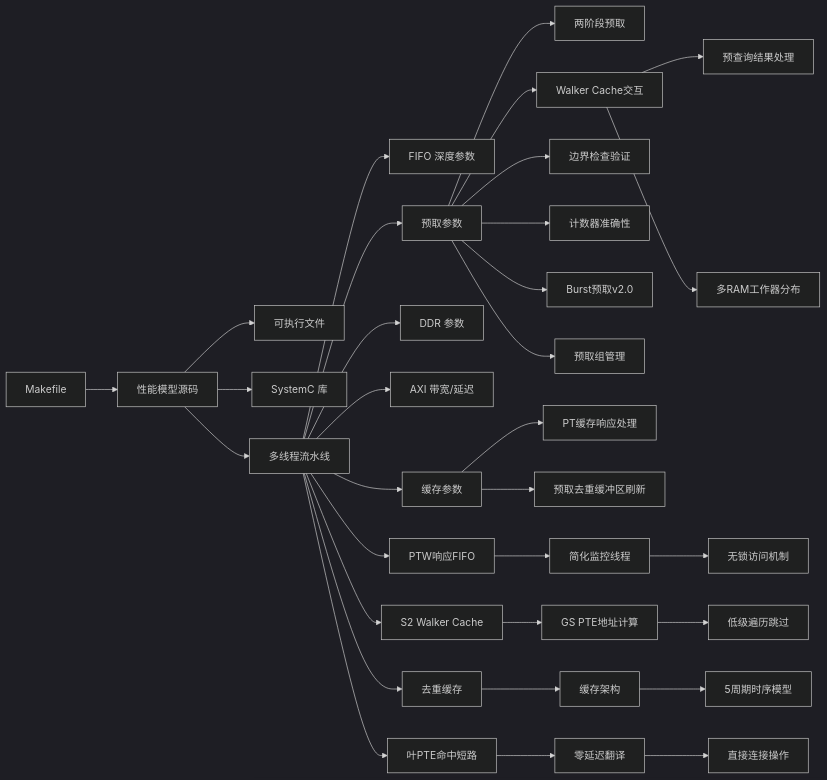
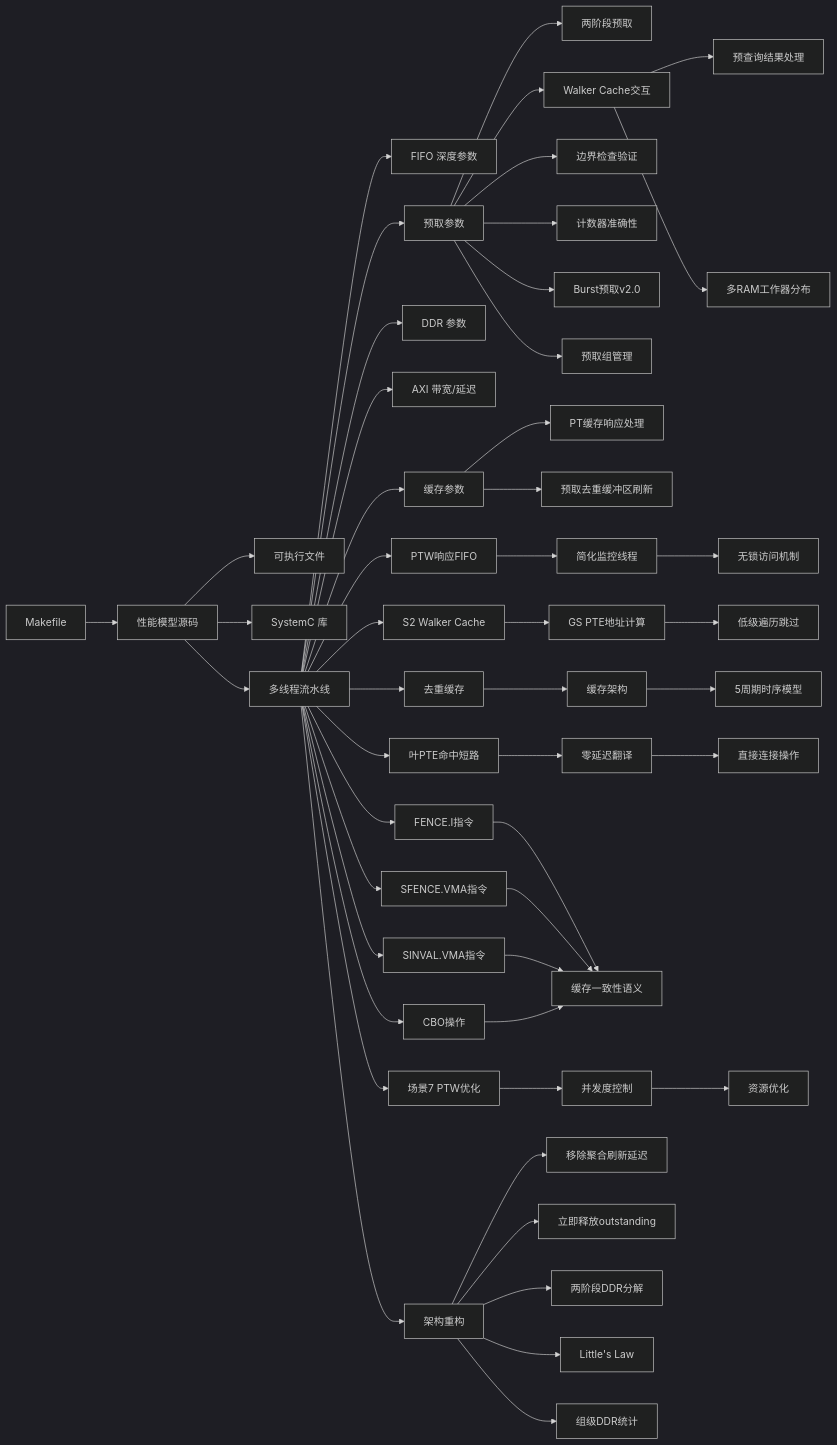
Before and after one commit to jiangjiang1122/iommu_model_20260401_v1: diagram 14 of 14 in .qoder/repowiki/zh/content/性能模型/性能模型.md, drawn with Mermaid (dark theme). The commit also changed other lines of this file and 159 other files, not shown here.

Commit message:
chore: 更新知识库文档 + 新增PTW并发分析图表与数据文件

````diff
--- a/.qoder/repowiki/zh/content/性能模型/性能模型.md
+++ b/.qoder/repowiki/zh/content/性能模型/性能模型.md
@@ -930,34 +1119,51 @@
 ```mermaid
 graph LR
 MK["Makefile"] --> SRC["性能模型源码"]
 SRC --> BIN["可执行文件"]
 SRC --> LIB["SystemC 库"]
 SRC --> THR["多线程流水线"]
 THR --> FIFO["FIFO 深度参数"]
 THR --> CACHE["缓存参数"]
 THR --> DDR["DDR 参数"]
 THR --> AXI["AXI 带宽/延迟"]
 THR --> PREFETCH["预取参数"]
 PREFETCH --> TSP["两阶段预取"]
 PREFETCH --> WCI["Walker Cache交互"]
 WCI --> PQR["预查询结果处理"]
 WCI --> MRD["多RAM工作器分布"]
 PREFETCH --> BCV["边界检查验证"]
 PREFETCH --> PCN["计数器准确性"]
 PREFETCH --> BPV["Burst预取v2.0"]
 PREFETCH --> PGM["预取组管理"]
 CACHE --> PCRH["PT缓存响应处理"]
 CACHE --> PDRF["预取去重缓冲区刷新"]
 THR --> PRF["PTW响应FIFO"]
 PRF --> SMO["简化监控线程"]
 SMO --> LOA["无锁访问机制"]
 THR --> S2C["S2 Walker Cache"]
 S2C --> GSC["GS PTE地址计算"]
 GSC --> SKP["低级遍历跳过"]
 THR --> DEDUP["去重缓存"]
 DEDUP --> CACHE_ARCH["缓存架构"]
 CACHE_ARCH --> TIMING["5周期时序模型"]
 THR --> EPM["叶PTE命中短路"]
 EPM --> ZDT["零延迟翻译"]
 ZDT --> DCO["直接连接操作"]
+THR --> FENCEI["FENCE.I指令"]
+THR --> SFENCEVMA["SFENCE.VMA指令"]
+THR --> SINVALVMA["SINVAL.VMA指令"]
+THR --> CBO["CBO操作"]
+FENCEI --> CCS["缓存一致性语义"]
+SFENCEVMA --> CCS
+SINVALVMA --> CCS
+CBO --> CCS
+THR --> SC7["场景7 PTW优化"]
+SC7 --> CONC["并发度控制"]
+CONC --> OPT["资源优化"]
+THR --> AR["架构重构"]
+AR --> AGG["移除聚合刷新延迟"]
+AR --> INST["立即释放outstanding"]
+AR --> TDD["两阶段DDR分解"]
+AR --> LLAW["Little's Law"]
+AR --> GDD["组级DDR统计"]
 ```
````
